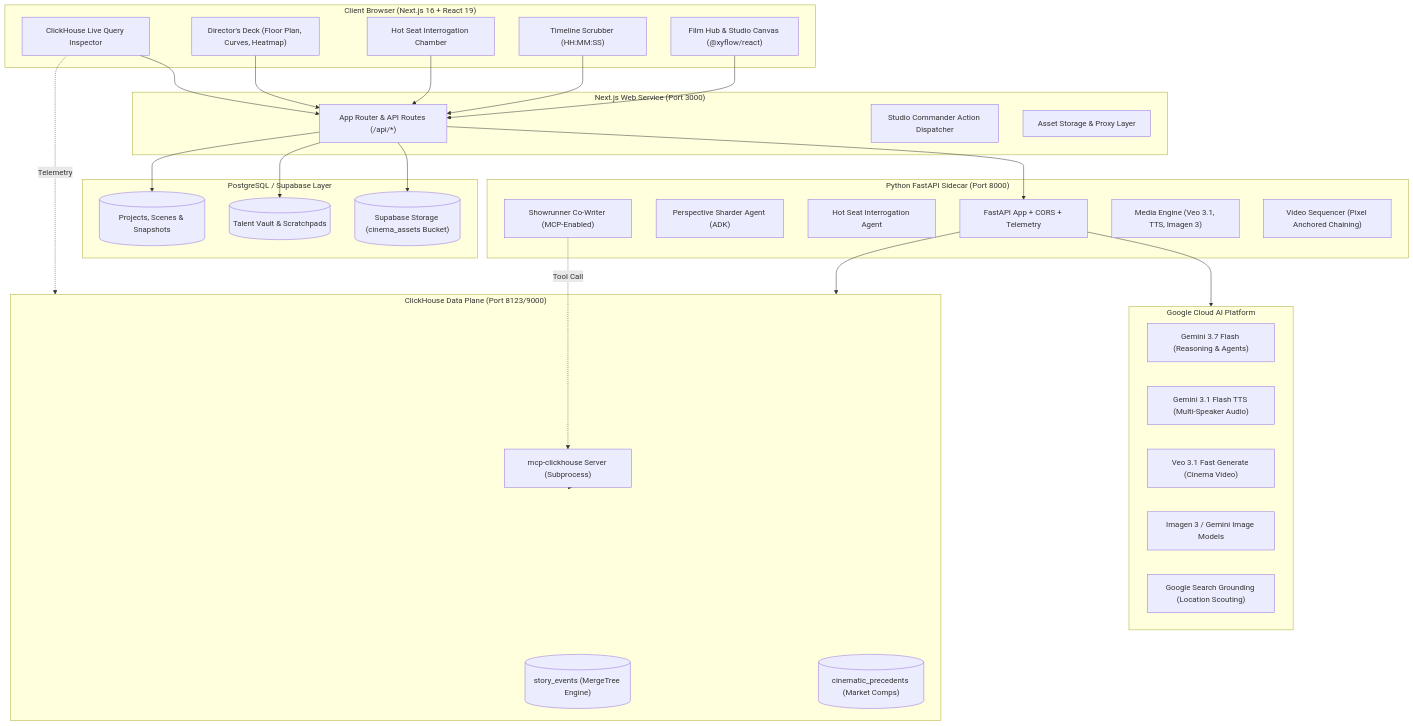
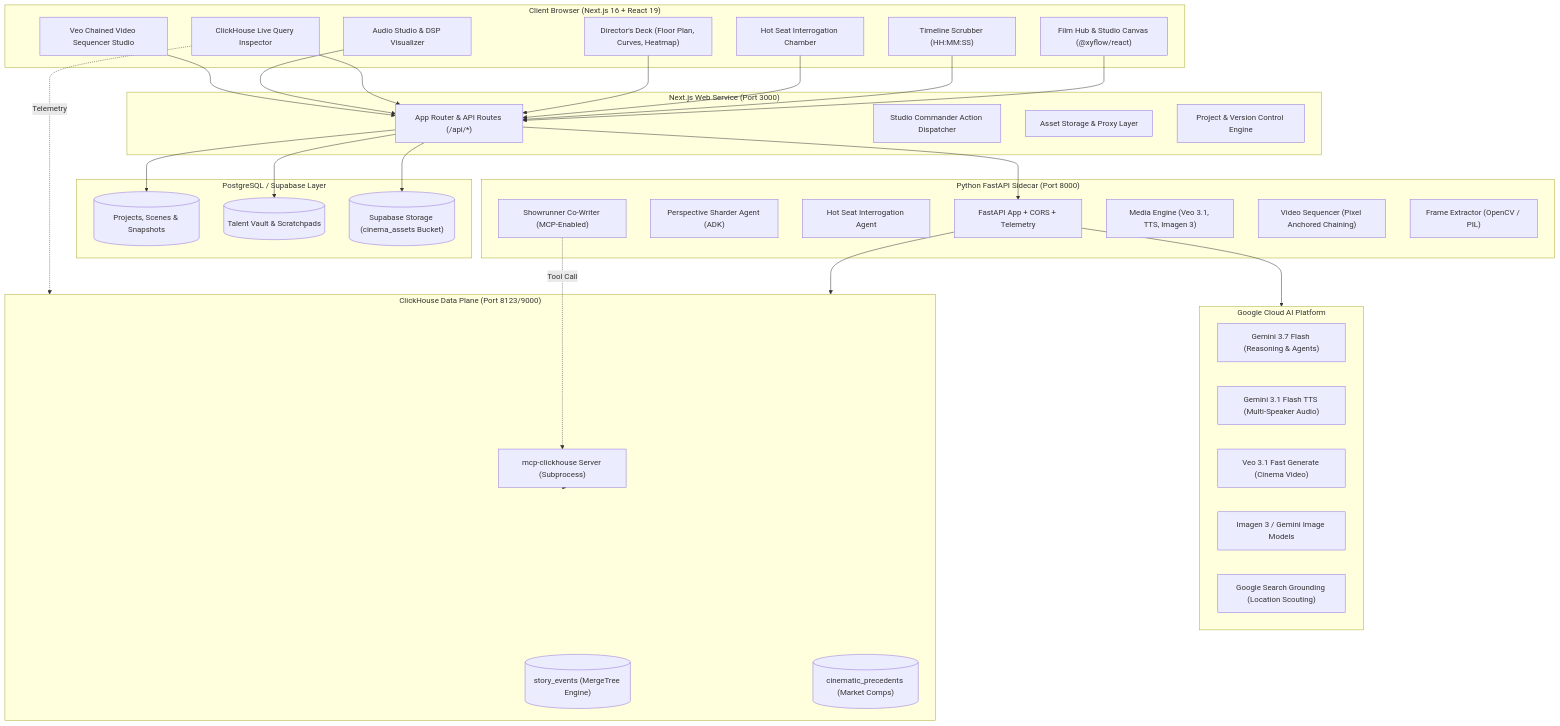
Before and after one commit to HarmanPreet-Singh-XYT/blendeye: the diagram in README.md, drawn with Mermaid. The commit also changed other lines of this file and 2 other files, not shown here.

````diff
--- a/README.md
+++ b/README.md
@@ -98,63 +144,69 @@
 ```mermaid
 flowchart TB
     subgraph Client ["Client Browser (Next.js 16 + React 19)"]
         UI["Film Hub & Studio Canvas (@xyflow/react)"]
         Scrubber["Timeline Scrubber (HH:MM:SS)"]
         HotSeat["Hot Seat Interrogation Chamber"]
         DirectorDeck["Director's Deck (Floor Plan, Curves, Heatmap)"]
         Inspector["ClickHouse Live Query Inspector"]
+        AudioStudio["Audio Studio & DSP Visualizer"]
+        GenStudio["Veo Chained Video Sequencer Studio"]
     end
 
     subgraph WebLayer ["Next.js Web Service (Port 3000)"]
         AppRouter["App Router & API Routes (/api/*)"]
         StudioCommander["Studio Commander Action Dispatcher"]
         AssetService["Asset Storage & Proxy Layer"]
+        ProjectStore["Project & Version Control Engine"]
     end
 
     subgraph Persistence ["PostgreSQL / Supabase Layer"]
         ProjectsDB[("Projects, Scenes & Snapshots")]
         TalentDB[("Talent Vault & Scratchpads")]
         AssetsBucket[("Supabase Storage (cinema_assets Bucket)")]
     end
 
     subgraph AgentService ["Python FastAPI Sidecar (Port 8000)"]
         FastAPI["FastAPI App + CORS + Telemetry"]
         Sharder["Perspective Sharder Agent (ADK)"]
         Interrogator["Hot Seat Interrogation Agent"]
         Showrunner["Showrunner Co-Writer (MCP-Enabled)"]
         MediaGen["Media Engine (Veo 3.1, TTS, Imagen 3)"]
         Sequencer["Video Sequencer (Pixel Anchored Chaining)"]
+        FrameExtract["Frame Extractor (OpenCV / PIL)"]
     end
 
     subgraph GoogleAI ["Google Cloud AI Platform"]
         GeminiFlash["Gemini 3.7 Flash (Reasoning & Agents)"]
         GeminiTTS["Gemini 3.1 Flash TTS (Multi-Speaker Audio)"]
         VeoVideo["Veo 3.1 Fast Generate (Cinema Video)"]
         Imagen3["Imagen 3 / Gemini Image Models"]
         SearchGrounding["Google Search Grounding (Location Scouting)"]
     end
 
     subgraph ClickHouseCluster ["ClickHouse Data Plane (Port 8123/9000)"]
         StoryEvents[("story_events (MergeTree Engine)")]
         Precedents[("cinematic_precedents (Market Comps)")]
         MCPClickhouse["mcp-clickhouse Server (Subprocess)"]
     end
 
     %% Connections
     UI --> AppRouter
     Scrubber --> AppRouter
     HotSeat --> AppRouter
     DirectorDeck --> AppRouter
     Inspector --> AppRouter
+    AudioStudio --> AppRouter
+    GenStudio --> AppRouter
 
     AppRouter --> ProjectsDB
     AppRouter --> TalentDB
     AppRouter --> AssetsBucket
     AppRouter --> FastAPI
 
     FastAPI --> ClickHouseCluster
     FastAPI --> GoogleAI
     Showrunner -.->|Tool Call| MCPClickhouse
     MCPClickhouse --> ClickHouseCluster
     Inspector -.->|Telemetry| ClickHouseCluster
 ```
````
